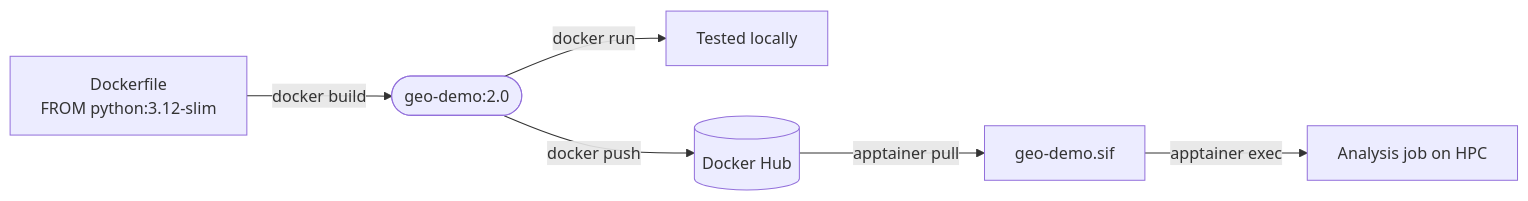
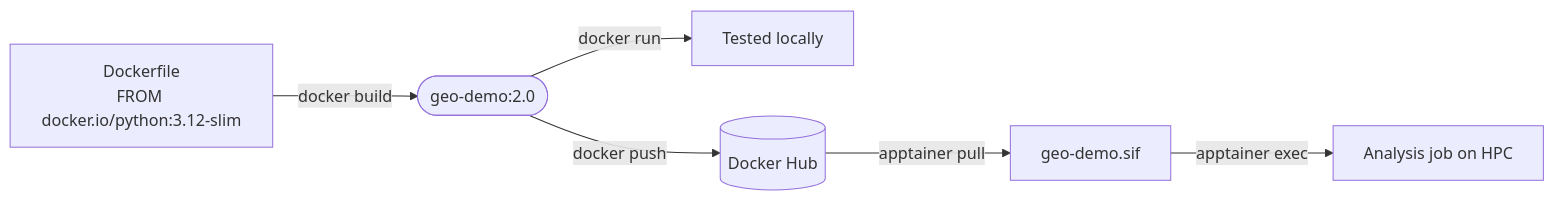
The diagram in DEMO.md (tim-devereux/docker-basics), drawn with Mermaid before and after one commit. The commit also changed other lines of this file and 2 other files, not shown here.

First line of the commit message:
Fully qualify Docker Hub image references

````diff
--- a/DEMO.md
+++ b/DEMO.md
@@ -11,8 +11,8 @@
 ```mermaid
 flowchart LR
-    DF["Dockerfile\nFROM python:3.12-slim"] -->|"docker build"| IMG(["geo-demo:2.0"])
+    DF["Dockerfile\nFROM docker.io/python:3.12-slim"] -->|"docker build"| IMG(["geo-demo:2.0"])
     IMG -->|"docker run"| TEST["Tested locally"]
     IMG -->|"docker push"| HUB[("Docker Hub")]
     HUB -->|"apptainer pull"| SIF["geo-demo.sif"]
     SIF -->|"apptainer exec"| JOB["Analysis job on HPC"]
 ```
````
